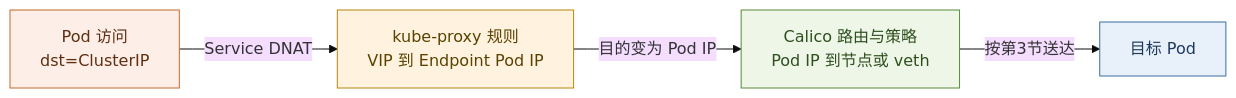
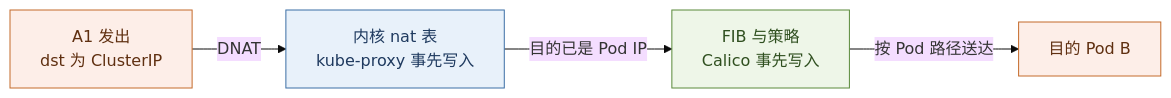
One commit to xiaxinyu/knowledge_base changed the eighth of 8 diagrams in 20-architecture/24-calico-l3-dataplane-treatise.md. Above: the diagram before and after it, drawn with Mermaid (base theme). The commit also changed other lines of this file and 2 other files, not shown here.

````diff
--- a/20-architecture/24-calico-l3-dataplane-treatise.md
+++ b/20-architecture/24-calico-l3-dataplane-treatise.md
@@ -519,16 +523,15 @@
 ```mermaid
 flowchart LR
   classDef app fill:#fdeee8,stroke:#c46a2a,color:#5f2f10
-  classDef kp fill:#fff3e0,stroke:#b8860b,color:#5a4200
+  classDef kern fill:#e8f1fa,stroke:#3b6ea5,color:#1f3a5f
   classDef cal fill:#eef6e8,stroke:#5a8a3a,color:#2f4f1f
-  classDef dplane fill:#e8f1fa,stroke:#3b6ea5,color:#1f3a5f
 
-  Pod["Pod 访问<br>dst=ClusterIP"]:::app
-  KP["kube-proxy 规则<br>VIP 到 Endpoint Pod IP"]:::kp
-  RT["Calico 路由与策略<br>Pod IP 到节点或 veth"]:::cal
-  Dst["目标 Pod"]:::dplane
+  Pod["A1 发出<br>dst 为 ClusterIP"]:::app
+  NF["内核 nat 表<br>kube-proxy 事先写入"]:::kern
+  RT["FIB 与策略<br>Calico 事先写入"]:::cal
+  Dst["目的 Pod B"]:::app
 
-  Pod -->|"Service DNAT"| KP
-  KP -->|"目的变为 Pod IP"| RT
-  RT -->|"按第3节送达"| Dst
+  Pod -->|"DNAT"| NF
+  NF -->|"目的已是 Pod IP"| RT
+  RT -->|"按 Pod 路径送达"| Dst
 ```
````
